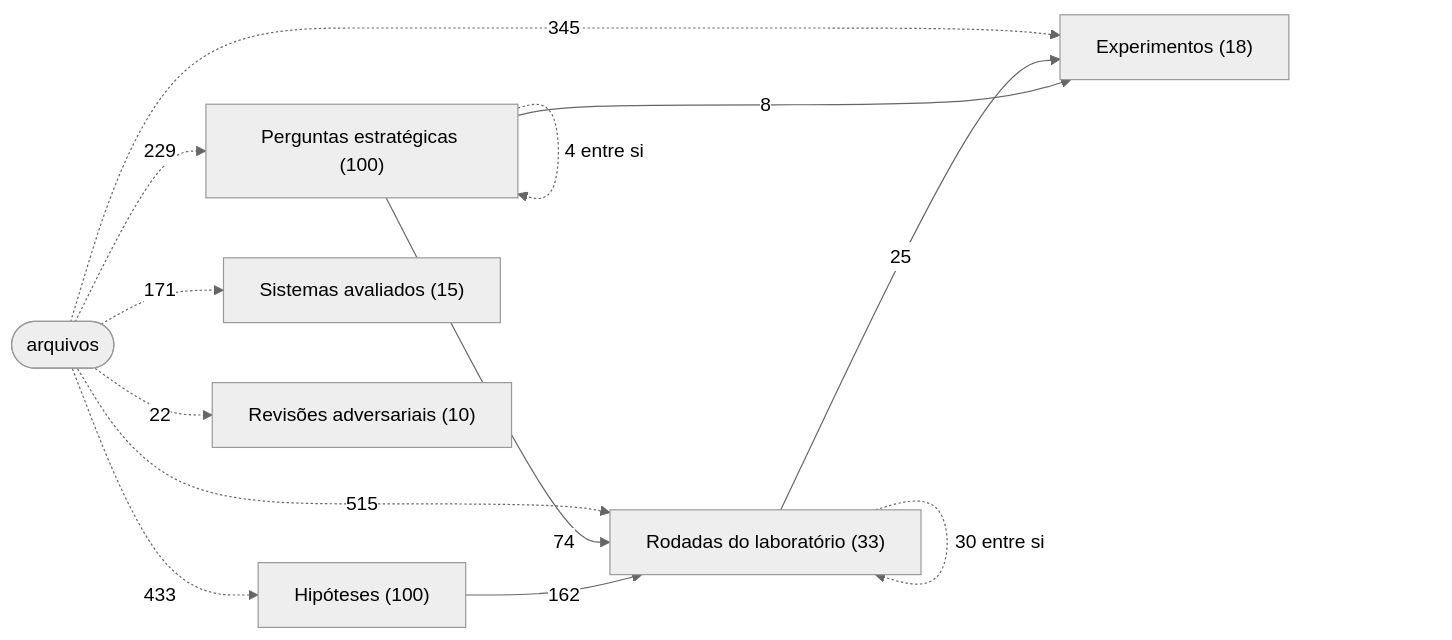
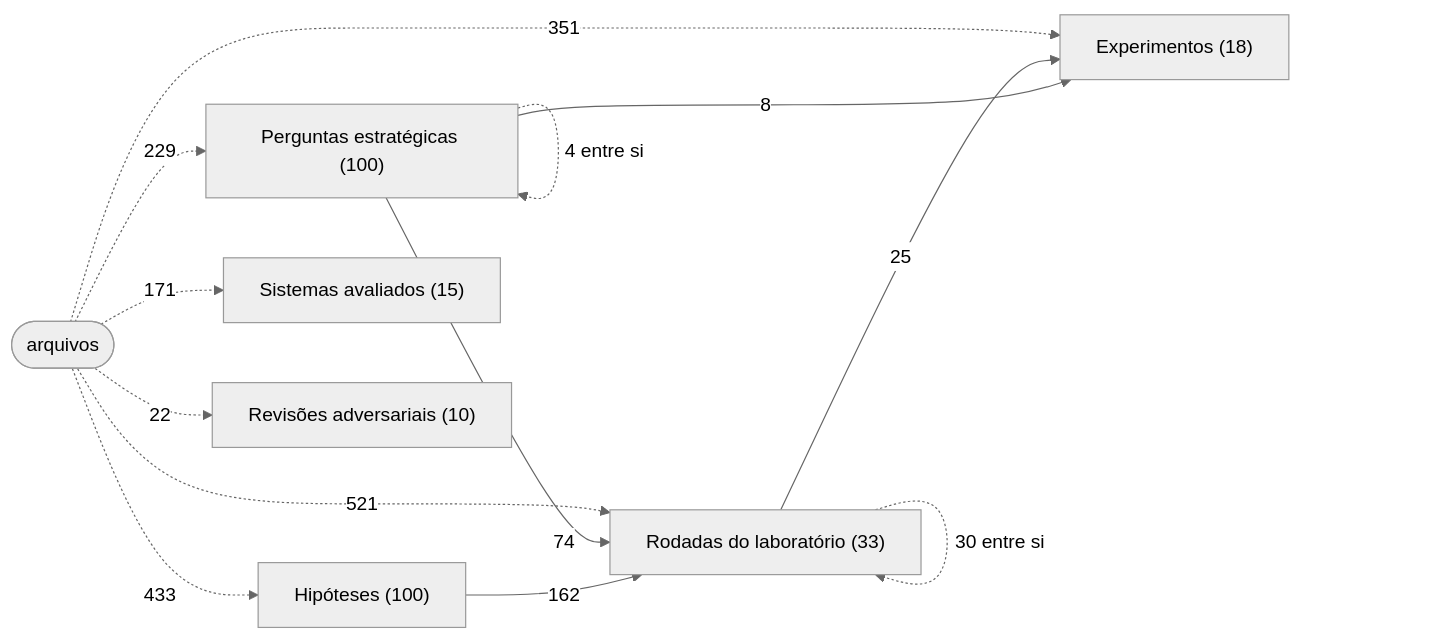
One commit to igormorais123/JEV changed the first of 3 diagrams in MAPA.md. Above: the diagram before and after it, drawn with Mermaid (neutral theme). The commit also changed other lines of this file and 23 other files, not shown here.

````diff
--- a/MAPA.md
+++ b/MAPA.md
@@ -58,22 +59,22 @@
 ```mermaid
 flowchart LR
   ARQ(["arquivos"])
   E["Experimentos (18)"]
   R["Rodadas do laboratório (33)"]
   H["Hipóteses (100)"]
   Q["Perguntas estratégicas (100)"]
   S["Sistemas avaliados (15)"]
   V["Revisões adversariais (10)"]
   H -->|162| R
   Q -->|8| E
   Q -.->|4 entre si| Q
   Q -->|74| R
   R -->|25| E
   R -.->|30 entre si| R
-  ARQ -.->|345| E
+  ARQ -.->|351| E
   ARQ -.->|433| H
   ARQ -.->|229| Q
-  ARQ -.->|515| R
+  ARQ -.->|521| R
   ARQ -.->|171| S
   ARQ -.->|22| V
 ```
````
